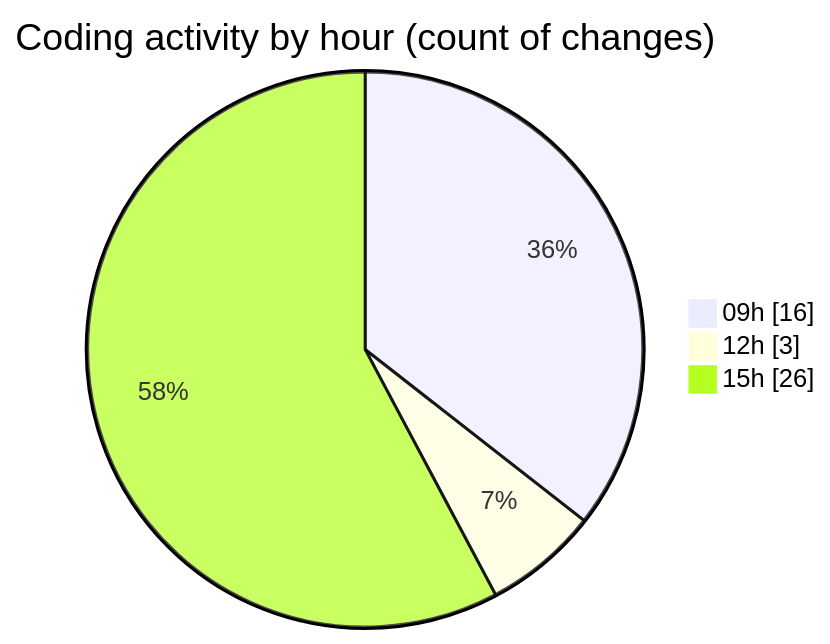
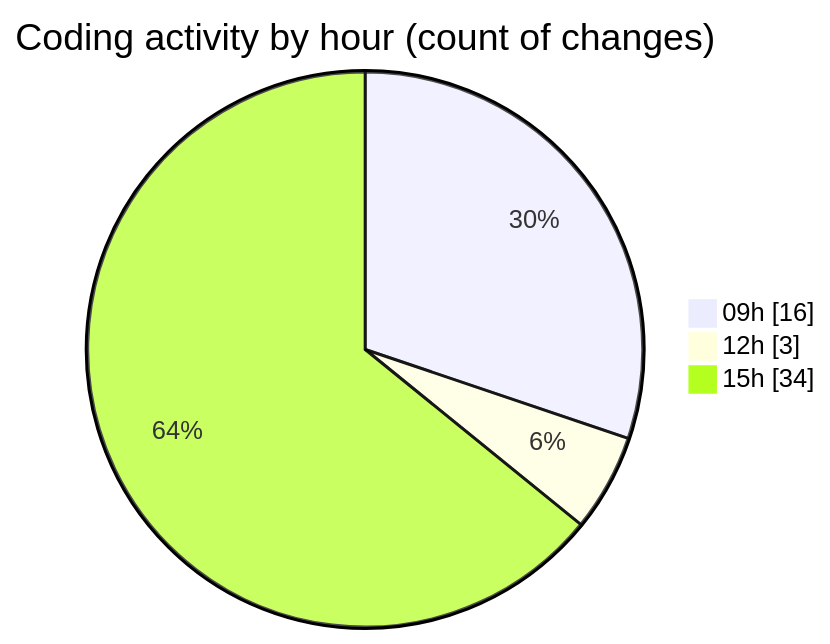
The second of 2 diagrams in 2025-07-08/cda/README.md (momahboobian/code-tracking), drawn with Mermaid before and after one commit. The commit also changed other lines of this file and 1 other file, not shown here.

````diff
--- a/2025-07-08/cda/README.md
+++ b/2025-07-08/cda/README.md
@@ -41,7 +43,7 @@
 ```mermaid
 pie showData
 title Coding activity by hour (count of changes)
 "09h" : 16
 "12h" : 3
-"15h" : 26
+"15h" : 34
 ```
````
